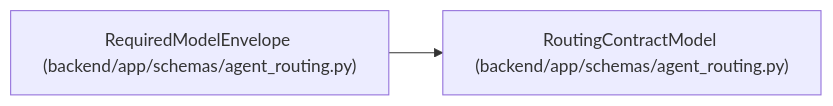
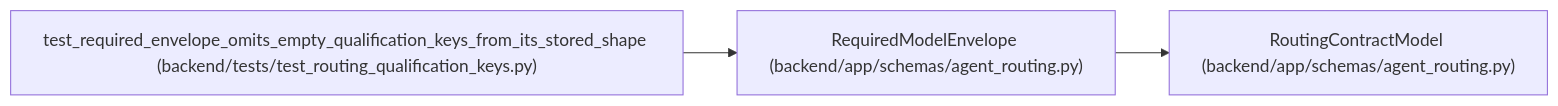
Before and after one commit to Denissvgn/WorkChord: the diagram in docs/llm_wiki/entities/agent_routing_RequiredModelEnvelope.md, drawn with Mermaid. The commit also changed other lines of this file and 911 other files, not shown here.

Commit message:
Sync the architectural wiki for deployment qualification keys

````diff
--- a/docs/llm_wiki/entities/agent_routing_RequiredModelEnvelope.md
+++ b/docs/llm_wiki/entities/agent_routing_RequiredModelEnvelope.md
@@ -45,8 +48,11 @@
 ```mermaid
 flowchart LR
     n0["RequiredModelEnvelope (backend/app/schemas/agent_routing.py)"]
     n1["RoutingContractModel (backend/app/schemas/agent_routing.py)"]
+    n2["test_required_envelope_omits_empty_qualification_keys_from_its_stored_shape (backend/tests/test_routing_qualification_keys.py)"]
     n0 --> n1
+    n2 --> n0
     click n0 "../modules/agent_routing.md"
     click n1 "../modules/agent_routing.md"
+    click n2 "../modules/test_routing_qualification_keys.md"
 ```
````
